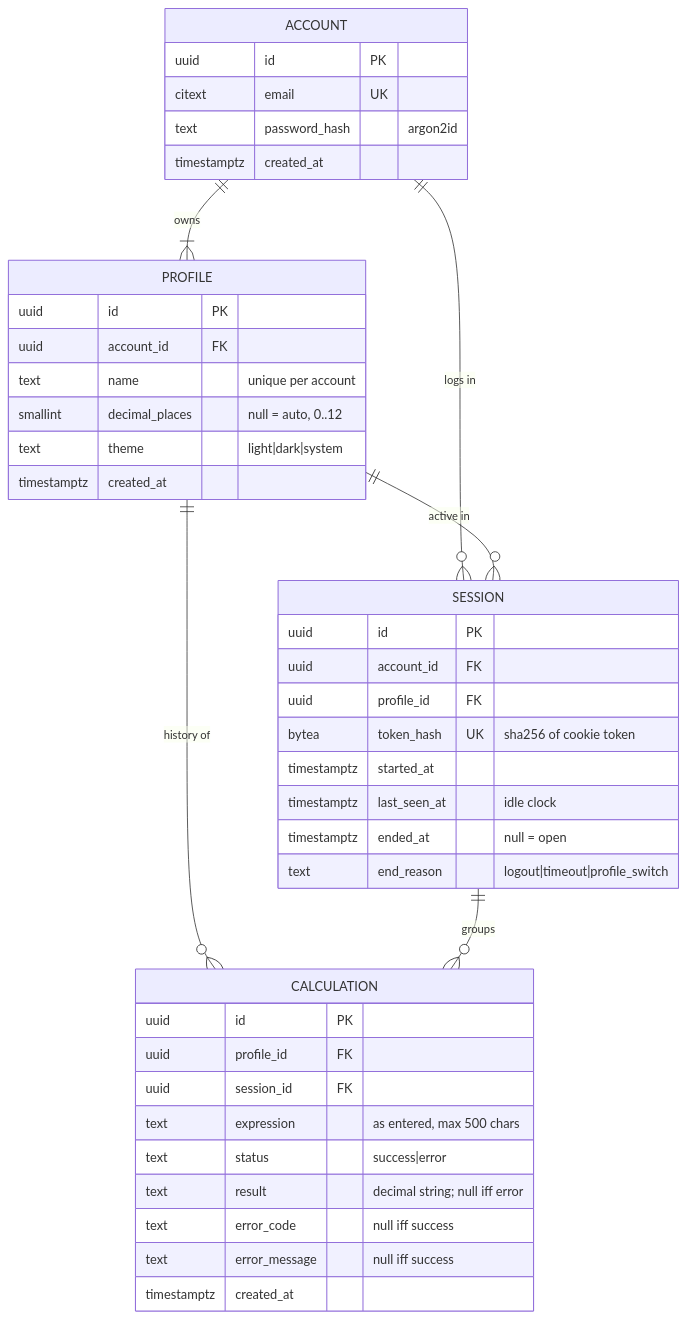
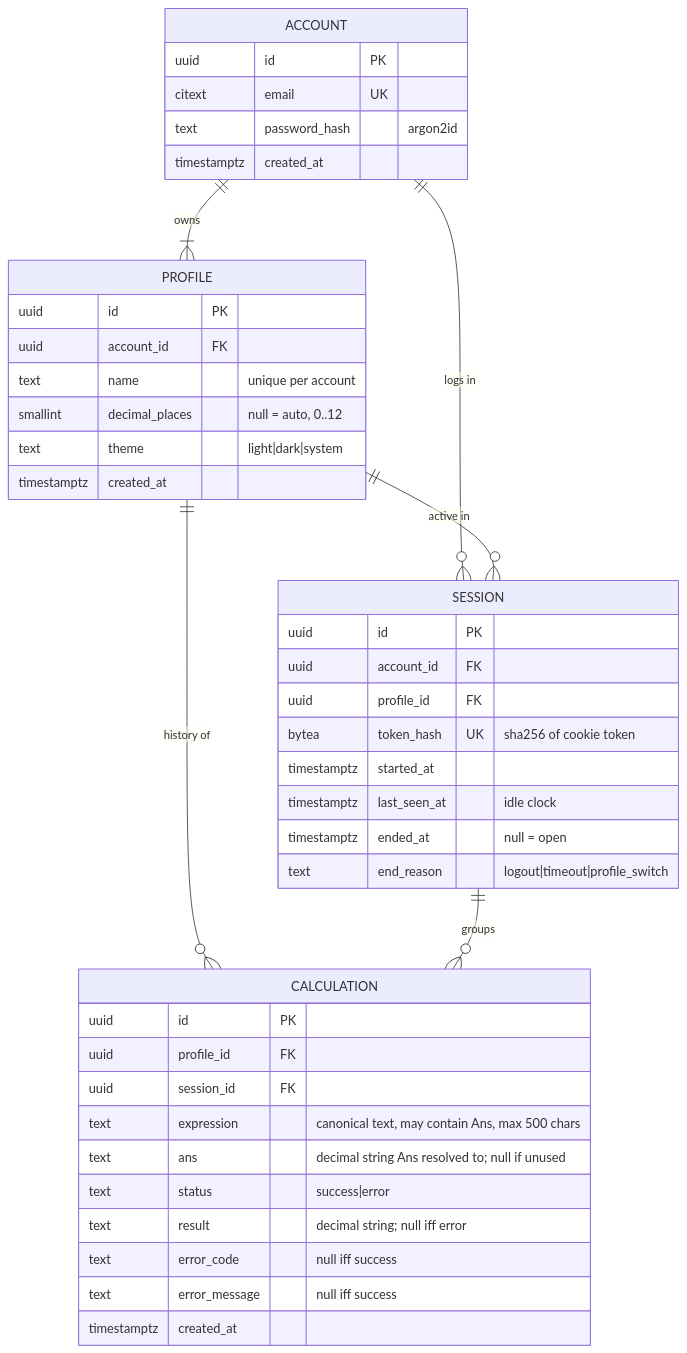
Before and after one commit to chjort/calculator-web: the second of 3 diagrams in docs/ARCHITECTURE.md, drawn with Mermaid. The commit also changed other lines of this file and 1 other file, not shown here.

Commit message:
docs: align editor/engine with Designer R1 specs (token-based editor, Ans token, % = ÷100)

````diff
--- a/docs/ARCHITECTURE.md
+++ b/docs/ARCHITECTURE.md
@@ -58,44 +59,45 @@
 ```mermaid
 erDiagram
   ACCOUNT ||--|{ PROFILE : owns
   ACCOUNT ||--o{ SESSION : "logs in"
   PROFILE ||--o{ SESSION : "active in"
   PROFILE ||--o{ CALCULATION : "history of"
   SESSION ||--o{ CALCULATION : groups
 
   ACCOUNT {
     uuid id PK
     citext email UK
     text password_hash "argon2id"
     timestamptz created_at
   }
   PROFILE {
     uuid id PK
     uuid account_id FK
     text name "unique per account"
     smallint decimal_places "null = auto, 0..12"
     text theme "light|dark|system"
     timestamptz created_at
   }
   SESSION {
     uuid id PK
     uuid account_id FK
     uuid profile_id FK
     bytea token_hash UK "sha256 of cookie token"
     timestamptz started_at
     timestamptz last_seen_at "idle clock"
     timestamptz ended_at "null = open"
     text end_reason "logout|timeout|profile_switch"
   }
   CALCULATION {
     uuid id PK
     uuid profile_id FK
     uuid session_id FK
-    text expression "as entered, max 500 chars"
+    text expression "canonical text, may contain Ans, max 500 chars"
+    text ans "decimal string Ans resolved to; null if unused"
     text status "success|error"
     text result "decimal string; null iff error"
     text error_code "null iff success"
     text error_message "null iff success"
     timestamptz created_at
   }
 ```
````
